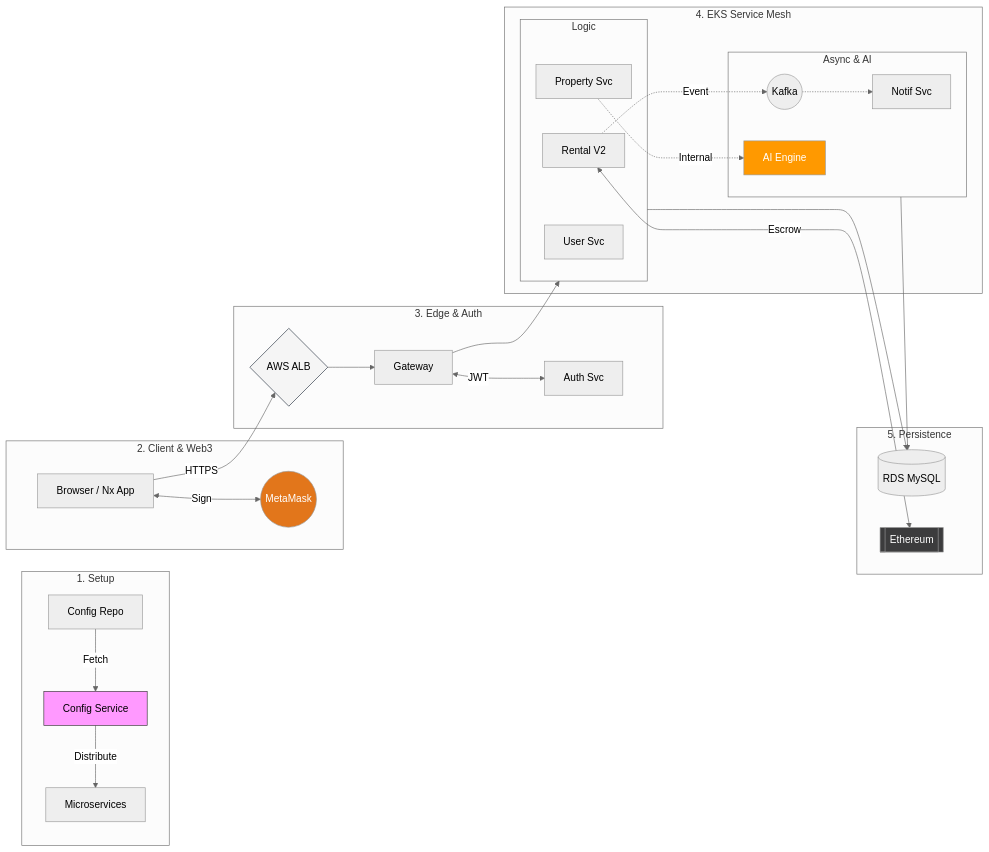
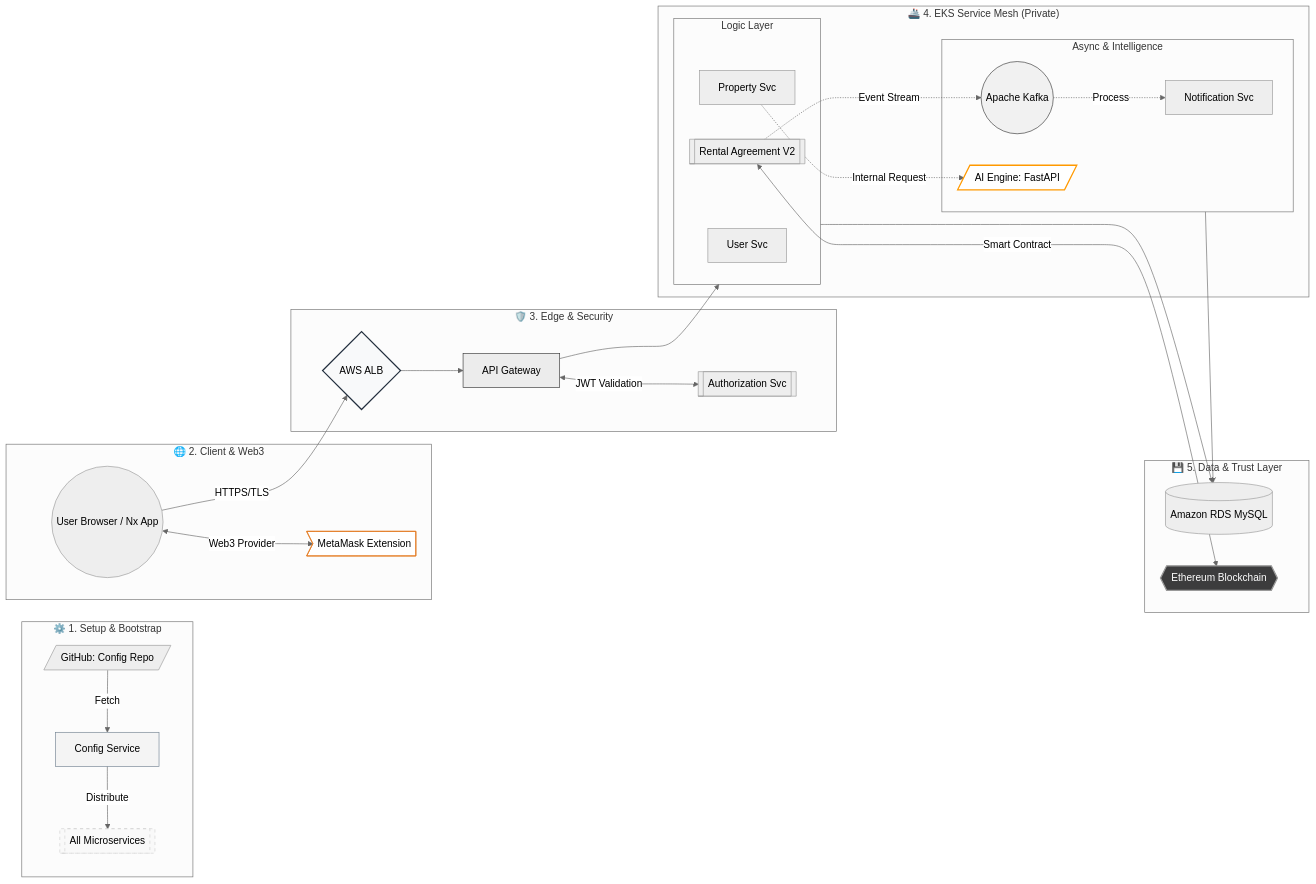
One commit to RealEstate-Rental-Project/.github changed the diagram in profile/README.md. Above: the diagram before and after it, drawn with Mermaid (neutral theme).

Commit message:
Enhance mermaid diagram in README.md with improved labels, structure, and styling for better clarity and professionalism

````diff
--- a/profile/README.md
+++ b/profile/README.md
@@ -17,60 +17,63 @@
 ```mermaid
 graph LR
     %% Configuration du rendu
     direction LR
 
-    subgraph Init ["1. Setup"]
-        GR[Config Repo] -->|Fetch| CS[Config Service]
-        CS -->|Distribute| MS[Microservices]
+    subgraph Init ["⚙️ 1. Setup & Bootstrap"]
+        GR[/GitHub: Config Repo/] -->|Fetch| CS[Config Service]
+        CS -->|Distribute| MS[[All Microservices]]
     end
 
-    subgraph UserZone ["2. Client & Web3"]
-        U[Browser / Nx App]
-        MM((MetaMask))
-        U <-->|Sign| MM
+    subgraph UserZone ["🌐 2. Client & Web3"]
+        U((User Browser / Nx App))
+        MM>MetaMask Extension]
+        U <-->|Web3 Provider| MM
     end
 
-    subgraph Security ["3. Edge & Auth"]
+    subgraph Security ["🛡️ 3. Edge & Security"]
         ALB{AWS ALB}
-        GW[Gateway]
-        AUTH[Auth Svc]
+        GW[API Gateway]
+        AUTH[[Authorization Svc]]
         
-        U -->|HTTPS| ALB
+        U -->|HTTPS/TLS| ALB
         ALB --> GW
-        GW <-->|JWT| AUTH
+        GW <-->|JWT Validation| AUTH
     end
 
-    subgraph Core ["4. EKS Service Mesh"]
-        subgraph Logic ["Logic"]
+    subgraph Core ["🚢 4. EKS Service Mesh (Private)"]
+        subgraph Logic ["Logic Layer"]
             UM[User Svc]
             PM[Property Svc]
-            RA[Rental V2]
+            RA[[Rental Agreement V2]]
         end
         
-        subgraph Support ["Async & AI"]
-            AI[AI Engine]
-            K((Kafka))
-            NS[Notif Svc]
+        subgraph Support ["Async & Intelligence"]
+            AI[/AI Engine: FastAPI/]
+            K((Apache Kafka))
+            NS[Notification Svc]
         end
 
         GW --> Logic
-        PM -.->|Internal| AI
-        RA -.->|Event| K
-        K -.-> NS
+        PM -.->|Internal Request| AI
+        RA -.->|Event Stream| K
+        K -.->|Process| NS
     end
 
-    subgraph Data ["5. Persistence"]
-        RDS[(RDS MySQL)]
-        ETH[[Ethereum]]
+    subgraph Persistence ["💾 5. Data & Trust Layer"]
+        RDS[(Amazon RDS MySQL)]
+        ETH{{Ethereum Blockchain}}
         
         Logic & Support --> RDS
-        RA <-->|Escrow| ETH
+        RA <-->|Smart Contract| ETH
     end
 
-    %% Styles pour la lisibilité
-    style CS fill:#f9f,stroke:#333
-    style ETH fill:#3c3c3d,color:#fff
-    style AI fill:#ff9900,color:#fff
-    style MM fill:#e2761b,color:#fff
-    style ALB fill:#f5f5f5,stroke:#232f3e
+    %% Styles Professionnels Neutres
+    style CS fill:#f4f4f4,stroke:#708090,stroke-width:1px
+    style ALB fill:#f8f9fa,stroke:#232f3e,stroke-width:2px
+    style GW fill:#ececec,stroke:#333
+    style ETH fill:#3c3c3d,color:#fff,stroke-width:2px
+    style AI fill:#ffffff,stroke:#ff9900,stroke-width:2px
+    style MM fill:#ffffff,stroke:#e2761b,stroke-width:1px
+    style K fill:#f1f1f1,stroke:#333
+    style MS fill:#f9f9f9,stroke:#d1d1d1,stroke-dasharray: 5 5
 ```
````
